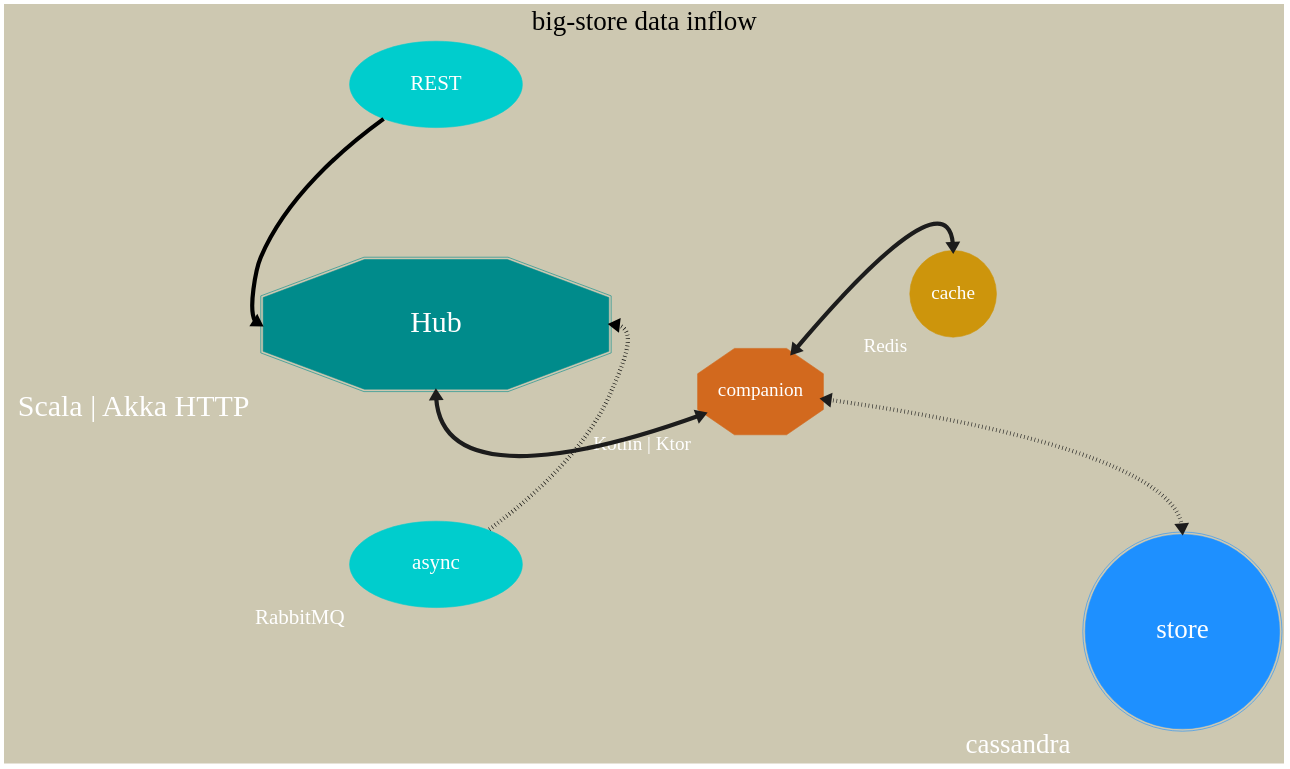
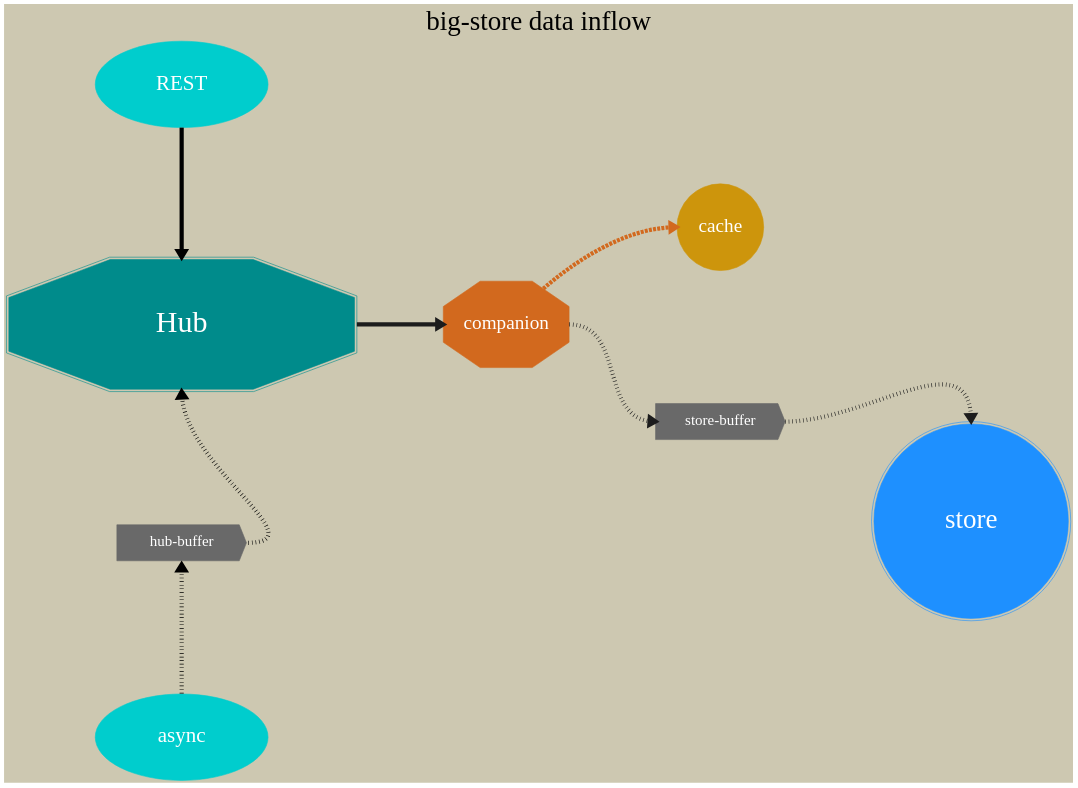
The diagram in docs/schema/big-store-data-inflow.gv (jakubriegel/big-store-wti), drawn with Graphviz before and after one commit. The commit also changed 1 other file, not shown here.

Commit message:
inflow diagram

```diff
--- a/docs/schema/big-store-data-inflow.gv
+++ b/docs/schema/big-store-data-inflow.gv
@@ -1,65 +1,36 @@
 digraph bigstore {
     
     label="big-store data inflow"
     labelloc=t
     fontname="JetBrains Mono Medium"
 
     graph [fontsize=45 ranksep=2 bgcolor=cornsilk3]
-    node [fontname="JetBrains Mono Medium" fontcolor=white]
-    edge [dir=both penwidth=7] 
+    node [fontname="JetBrains Mono Medium" fontcolor=white style=filled]
+    edge [penwidth=7 style=bold] 
     nodesep=3
     rankdir=LR
 
     subgraph hub {
-        node [style=filled] 
+        rank=source;
+        "Hub" [fontsize=50 shape=doubleoctagon color=cyan4 height=3 width=8]
+        "REST" [fontsize=35 shape=oval color=cyan3 height=2 width=4]
+        "hub-buffer" [fontsize=25 shape=cds color=dimgrey height=1 width=3]
+        "async" [fontsize=35 shape=oval color=cyan3 height=2 width=4]
 
-        {rank=source;
-            "Hub" [xlabel="Scala | Akka HTTP" fontsize=50 shape=doubleoctagon color=cyan4 height=3 width=8]
-            "REST" [fontsize=35 shape=oval color=cyan3 height=2 width=4]
-            "async" [xlabel="RabbitMQ" fontsize=35 shape=oval color=cyan3 height=2 width=4]
-        }
+        "REST" -> "Hub" [dir=both headport=n] 
+        "Hub" -> "hub-buffer" [style=invis]
+        "hub-buffer" -> "async" [style=invis]
+        "async" -> "hub-buffer" [headport=s tailport=n style=dotted]
+        "hub-buffer" -> "Hub" [headport=s tailport=e style=dotted]
+    }
+        
+    "store" [fontsize=45 shape=doublecircle width=4.5 color=dodgerblue1]
+    "companion" [padding=5 fontsize=32 shape=octagon color=chocolate height=2 colorsheme=paired12]
+    "cache" [padding=5 fontsize=32 shape=circle color=darkgoldenrod3 colorsheme=paired12]
+    "store-buffer" [fontsize=25 shape=cds color=dimgrey height=1 width=3]
 
-        "REST" -> "Hub" [dir=both headport=w] 
-        "Hub" -> "async" [style=invis]
-        "async" -> "Hub" [headport=e style=dotted]
-        
-    }
-    
-    subgraph companions {
-        node [
-                xlabel="Kotlin | Ktor"
-                padding=5 fontsize=32 shape=octagon style=filled color=chocolate height=2 colorsheme=paired12
-            ]
-        edge [style=bold colorscheme="paired12"]
-
-        "companion"
-    }
-
-    subgraph caches {
-        node [
-                xlabel="Redis"
-                padding=5 fontsize=32 shape=circle style=filled color=darkgoldenrod3 colorsheme=paired12
-            ]
-        edge [style=bold colorscheme="paired12"]
-
-        "cache"
-    }
-
-    subgraph store {
-        node [fontsize=45 shape=doublecircle width=4.5 style=filled color=dodgerblue1]
-        rank=sink; 
-        
-        "store" [xlabel="cassandra"]
-    }
-
-    subgraph companions_connections {
-        "companion" -> "store" [headport=n color=grey11 style=dotted]
-        "companion" -> "cache" [headport=n color=grey11]
-    }
-
-
-    subgraph Hub_service_connections {
-        "companion" -> "Hub" [headport=s color=grey11]
-    }
-
+    "Hub" -> "companion" [headport=w tailport=e color=grey11]
+    "companion" -> "store-buffer" [headport=w tailport=e color=grey11 style=dotted]
+    "store-buffer" -> "store" [headport=n tailport=e color=grey11 style=dotted]
+    "companion" -> "cache" [headport=w color=chocolate style=dashed]
 }
```
